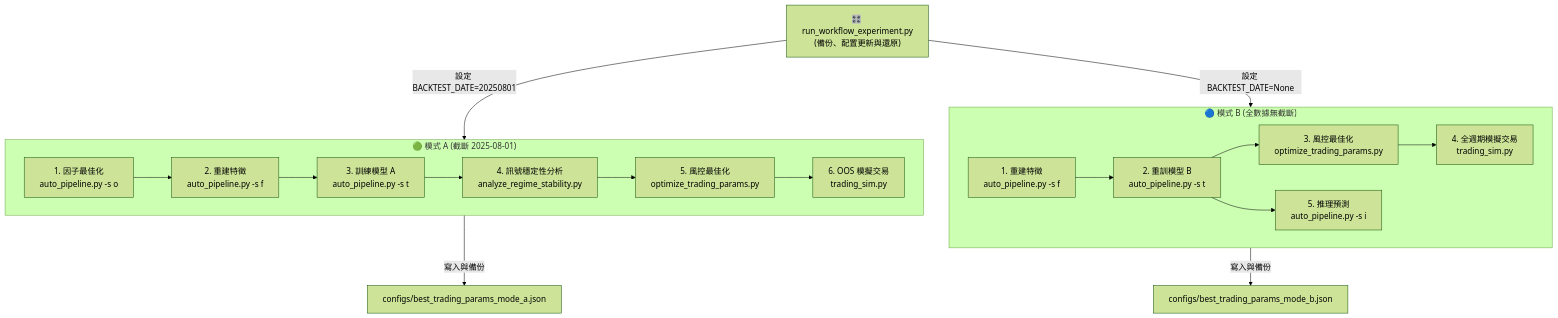
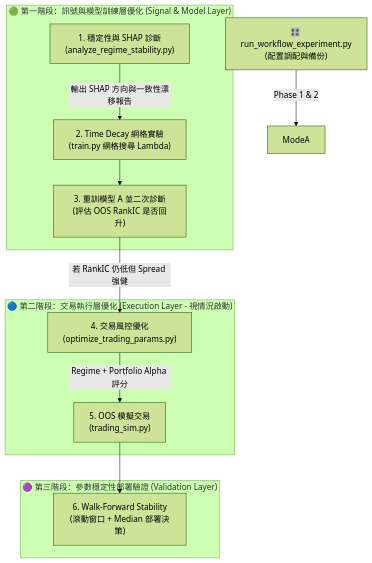
The diagram in run_workflow_experiment_guide.md (KresseLock/Stock), drawn with Mermaid (forest theme) before and after one commit. The commit also changed other lines of this file and 12 other files, not shown here.

````diff
--- a/run_workflow_experiment_guide.md
+++ b/run_workflow_experiment_guide.md
@@ -36,24 +22,20 @@
 ```mermaid
 flowchart TD
-    RunExp["🎛️ run_workflow_experiment.py\n(備份、配置更新與還原)"]
+    RunExp["🎛️ run_workflow_experiment.py\n(配置調配與備份)"]
     
-    subgraph ModeA ["🟢 模式 A (截斷 2025-08-01)"]
-        A_Opt["1. 因子最佳化\nauto_pipeline.py -s o"] --> A_Feat["2. 重建特徵\nauto_pipeline.py -s f"]
-        A_Feat --> A_Train["3. 訓練模型 A\nauto_pipeline.py -s t"]
-        A_Train --> A_Diag["4. 訊號穩定性分析\nanalyze_regime_stability.py"]
-        A_Diag --> A_Param["5. 風控最佳化\noptimize_trading_params.py"]
-        A_Param --> A_Sim["6. OOS 模擬交易\ntrading_sim.py"]
+    subgraph Phase1 ["🟢 第一階段：訊號與模型訓練層優化 (Signal & Model Layer)"]
+        A_Diag["1. 穩定性與 SHAP 診斷\n(analyze_regime_stability.py)"] -->|輸出 SHAP 方向與一致性漂移報告| A_Decay["2. Time Decay 網格實驗\n(train.py 網格搜尋 Lambda)"]
+        A_Decay --> A_Train["3. 重訓模型 A 並二次診斷\n(評估 OOS RankIC 是否回升)"]
     end
     
-    subgraph ModeB ["🔵 模式 B (全數據無截斷)"]
-        B_Feat["1. 重建特徵\nauto_pipeline.py -s f"] --> B_Train["2. 重訓模型 B\nauto_pipeline.py -s t"]
-        B_Train --> B_Param["3. 風控最佳化\noptimize_trading_params.py"]
-        B_Param --> B_Sim["4. 全週期模擬交易\ntrading_sim.py"]
-        B_Train --> B_Infer["5. 推理預測\nauto_pipeline.py -s i"]
+    subgraph Phase2 ["🔵 第二階段：交易執行層優化 (Execution Layer - 視情況啟動)"]
+        A_Train -->|若 RankIC 仍低但 Spread 強健| A_Opt["4. 交易風控優化\n(optimize_trading_params.py)"]
+        A_Opt -->|Regime + Portfolio Alpha 評分| A_Sim["5. OOS 模擬交易\n(trading_sim.py)"]
+    end
+    
+    subgraph Phase3 ["🟣 第三階段：參數穩定性部署驗證 (Validation Layer)"]
+        A_Sim --> A_WF["6. Walk-Forward Stability\n(滾動窗口 + Median 部署決策)"]
     end
 
-    RunExp -->|設定 BACKTEST_DATE=20250801| ModeA
-    RunExp -->|設定 BACKTEST_DATE=None| ModeB
-    ModeA -->|寫入與備份| TA_Param["configs/best_trading_params_mode_a.json"]
-    ModeB -->|寫入與備份| TB_Param["configs/best_trading_params_mode_b.json"]
+    RunExp -->|Phase 1 & 2| ModeA
 ```
````
